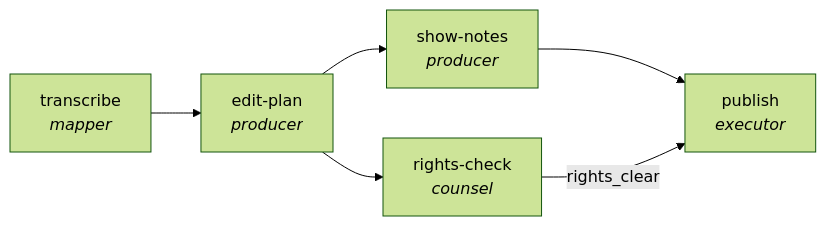
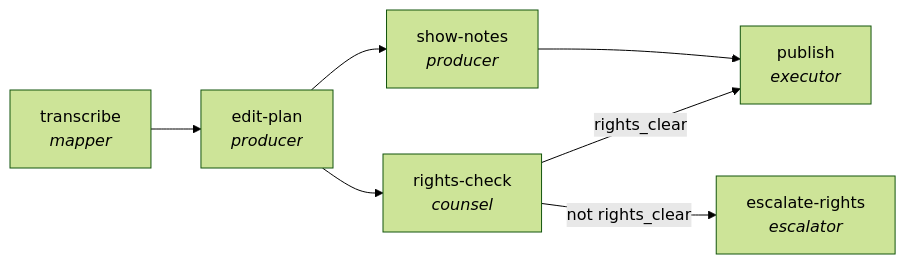
Before and after one commit to ypollak2/agenticgraphs: the diagram in docs/traces/podcast-production-pipeline.md, drawn with Mermaid (forest theme). The commit also changed 93 other files, not shown here.

First line of the commit message:
v1.8: eleven graphs can now say the work did not get done

````diff
--- a/docs/traces/podcast-production-pipeline.md
+++ b/docs/traces/podcast-production-pipeline.md
@@ -10,13 +10,15 @@
 ```mermaid
 flowchart LR
     N0["transcribe<br/><i>mapper</i>"]
     N1["edit-plan<br/><i>producer</i>"]
     N2["show-notes<br/><i>producer</i>"]
     N3["rights-check<br/><i>counsel</i>"]
     N4["publish<br/><i>executor</i>"]
+    N5["escalate-rights<br/><i>escalator</i>"]
     N0 --> N1
     N1 --> N2
     N1 --> N3
     N2 --> N4
     N3 -->|rights_clear| N4
+    N3 -->|not rights_clear| N5
 ```
````
